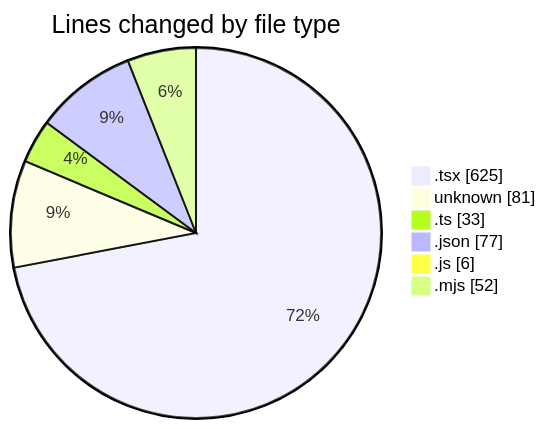
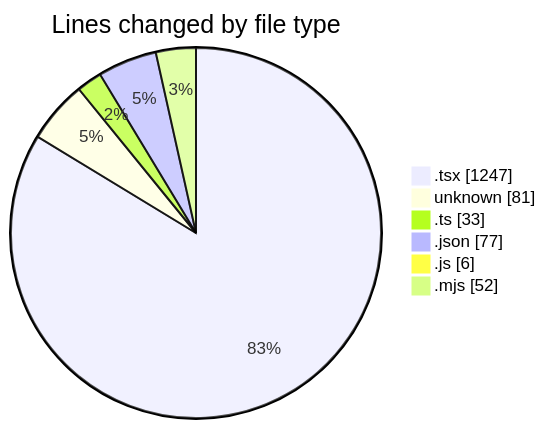
The first of 2 diagrams in 2025-05-21/niten/README.md (Elitesun/code-tracking), drawn with Mermaid before and after one commit. The commit also changed other lines of this file and 1 other file, not shown here.

````diff
--- a/2025-05-21/niten/README.md
+++ b/2025-05-21/niten/README.md
@@ -34,10 +38,10 @@
 ```mermaid
 pie showData
 title Lines changed by file type
-".tsx" : 625
+".tsx" : 1247
 "unknown" : 81
 ".ts" : 33
 ".json" : 77
 ".js" : 6
 ".mjs" : 52
 ```
````
